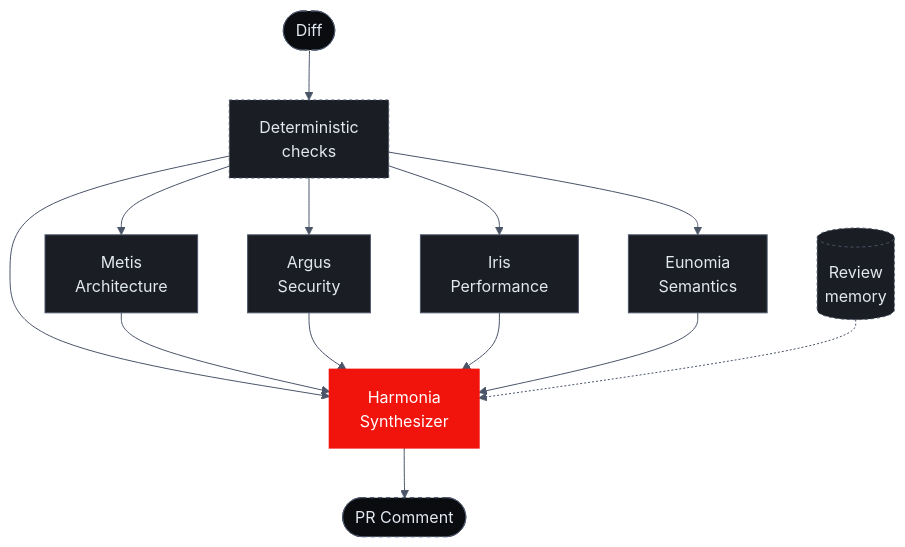
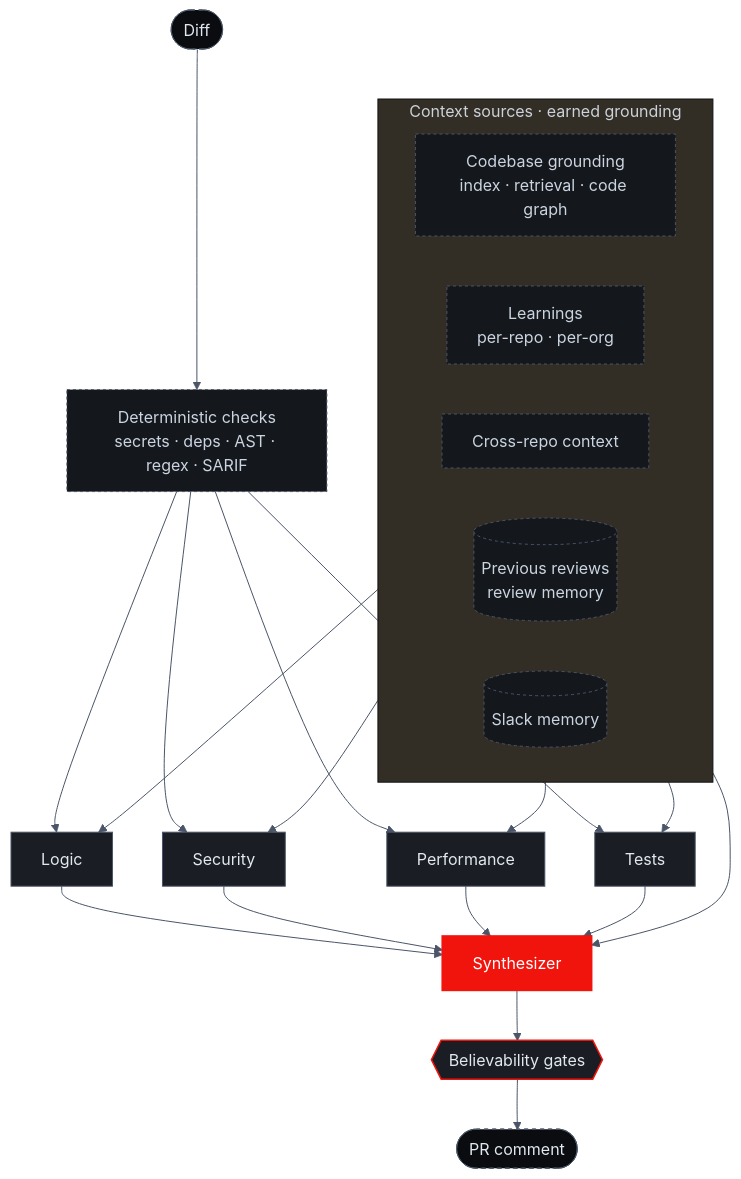
The diagram in pages/how-it-works/the-ensemble.mdx (Arc-and-Anchor/sigilix-docs), drawn with Mermaid before and after one commit. The commit also changed other lines of this file and 37 other files, not shown here.

First line of the commit message:
docs: remove specialist proper nouns, enrich architecture diagrams, BYOK/chat fix, card + editLink polish

````diff
--- a/pages/how-it-works/the-ensemble.mdx
+++ b/pages/how-it-works/the-ensemble.mdx
@@ -16,46 +19,63 @@
 ```mermaid
 %%{init: {
   'theme': 'base',
   'themeVariables': {
     'background': '#0B0C10',
     'primaryColor': '#1A1D23',
     'primaryTextColor': '#E2E8F0',
     'primaryBorderColor': '#4A5568',
     'lineColor': '#4A5568',
     'fontFamily': 'ui-monospace, SFMono-Regular, Menlo, Monaco, Consolas, monospace'
   }
 } }%%
 flowchart TD
     diff([Diff])
-    det["Deterministic<br/>checks"]
-    athena["Metis<br/>Architecture"]
-    argus["Argus<br/>Security"]
-    hermes["Iris<br/>Performance"]
-    themis["Eunomia<br/>Semantics"]
-    zeus["Harmonia<br/>Synthesizer"]
-    mem[("Review<br/>memory")]
-    pr([PR Comment])
+    det["Deterministic checks<br/>secrets · deps · AST · regex · SARIF"]
+
+    subgraph ctx["Context sources · earned grounding"]
+      direction LR
+      idx["Codebase grounding<br/>index · retrieval · code graph"]
+      learn["Learnings<br/>per-repo · per-org"]
+      xrepo["Cross-repo context"]
+      revmem[("Previous reviews<br/>review memory")]
+      slack[("Slack memory")]
+    end
+
+    logic["Logic"]
+    sec["Security"]
+    perf["Performance"]
+    tst["Tests"]
+
+    synth["Synthesizer"]
+    gates{{"Believability gates"}}
+    pr([PR comment])
 
     diff --> det
-    det --> athena
-    det --> argus
-    det --> hermes
-    det --> themis
-    det --> zeus
-    athena --> zeus
-    argus --> zeus
-    hermes --> zeus
-    themis --> zeus
-    mem -.-> zeus
-    zeus --> pr
+    det --> logic
+    det --> sec
+    det --> perf
+    det --> tst
+    ctx --> logic
+    ctx --> sec
+    ctx --> perf
+    ctx --> tst
+    logic --> synth
+    sec --> synth
+    perf --> synth
+    tst --> synth
+    ctx --> synth
+    synth --> gates
+    gates --> pr
 
     classDef specialist fill:#1A1D23,stroke:#4A5568,color:#E2E8F0,stroke-width:1px
-    classDef preLLM fill:#1A1D23,stroke:#4A5568,color:#E2E8F0,stroke-width:1px,stroke-dasharray: 3 3
-    classDef zeusStyle fill:#f1140d,stroke:#f1140d,color:#FFFFFF,stroke-width:2px
+    classDef source fill:#14171C,stroke:#4A5568,color:#CBD5E0,stroke-width:1px,stroke-dasharray: 3 3
+    classDef synthStyle fill:#f1140d,stroke:#f1140d,color:#FFFFFF,stroke-width:2px
+    classDef gate fill:#1A1D23,stroke:#f1140d,color:#E2E8F0,stroke-width:1.5px
     classDef output fill:#0B0C10,stroke:#4A5568,color:#E2E8F0,stroke-width:1px,stroke-dasharray: 4 4
 
-    class athena,argus,hermes,themis specialist
-    class det,mem preLLM
-    class zeus zeusStyle
+    class logic,sec,perf,tst specialist
+    class det,idx,learn,xrepo,revmem,slack source
+    class synth synthStyle
+    class gates gate
     class diff,pr output
 ```
````
